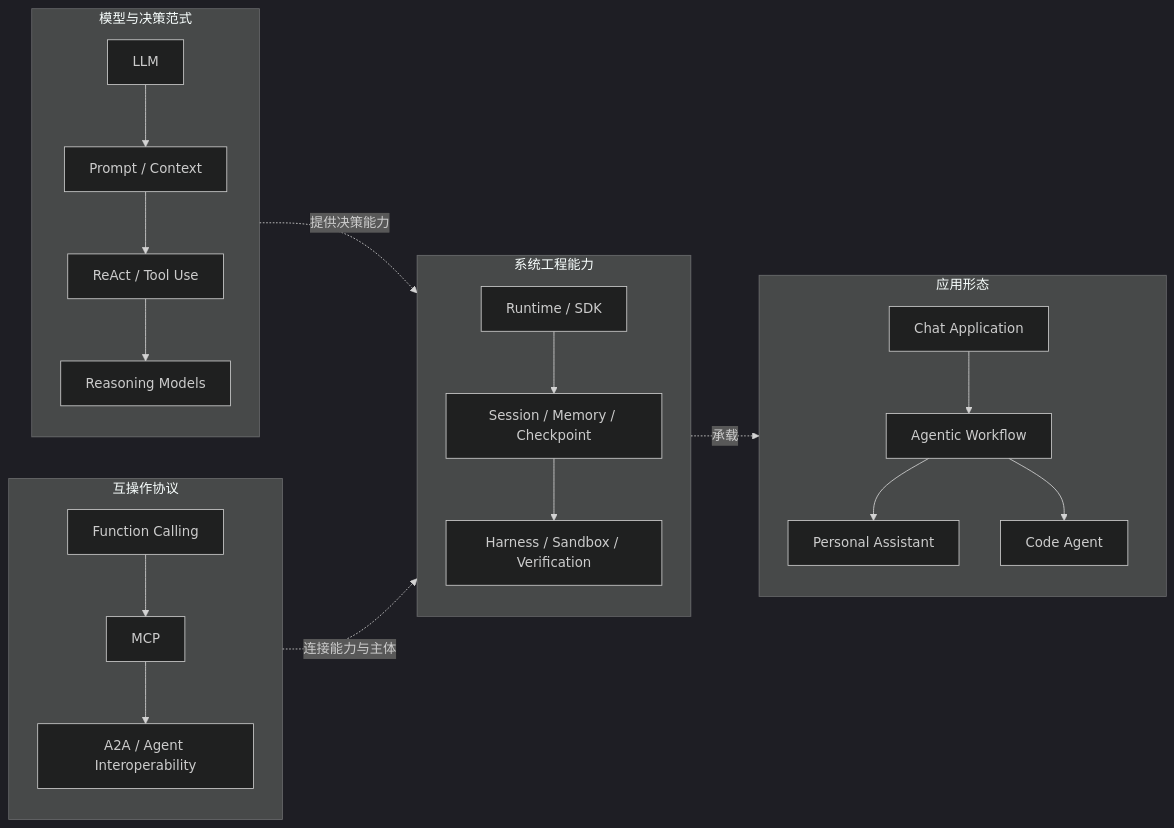
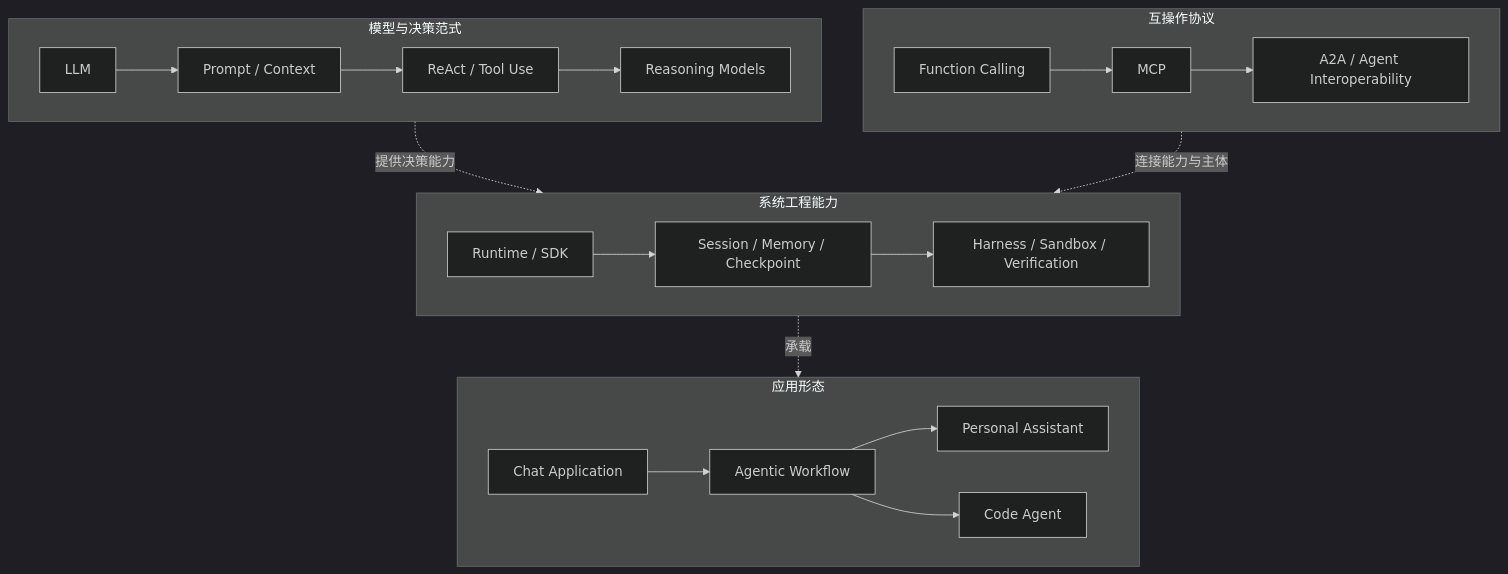
The first of 4 diagrams in docs/chapters/01-introduction/README.md (dollarser/modern-ai-agent-architecture), drawn with Mermaid (dark theme) before and after one commit. The commit also changed other lines of this file and 1 other file, not shown here.

Commit message:
Clarify task identities and agent protocol boundaries

````diff
--- a/docs/chapters/01-introduction/README.md
+++ b/docs/chapters/01-introduction/README.md
@@ -115,24 +119,28 @@
 ```mermaid
-flowchart LR
+flowchart TB
     subgraph Model[模型与决策范式]
+        direction LR
         LLM[LLM] --> Prompt[Prompt / Context]
         Prompt --> ReAct[ReAct / Tool Use]
         ReAct --> Reasoning[Reasoning Models]
     end
     subgraph System[系统工程能力]
+        direction LR
         Runtime[Runtime / SDK] --> State[Session / Memory / Checkpoint]
         State --> Harness[Harness / Sandbox / Verification]
     end
     subgraph Interop[互操作协议]
+        direction LR
         FC[Function Calling] --> MCP[MCP]
         MCP --> A2A[A2A / Agent Interoperability]
     end
     subgraph Products[应用形态]
+        direction LR
         Chat[Chat Application] --> Workflow[Agentic Workflow]
         Workflow --> Assistant[Personal Assistant]
         Workflow --> Code[Code Agent]
     end
     Model -.提供决策能力.-> System
     System -.承载.-> Products
     Interop -.连接能力与主体.-> System
 ```
````
